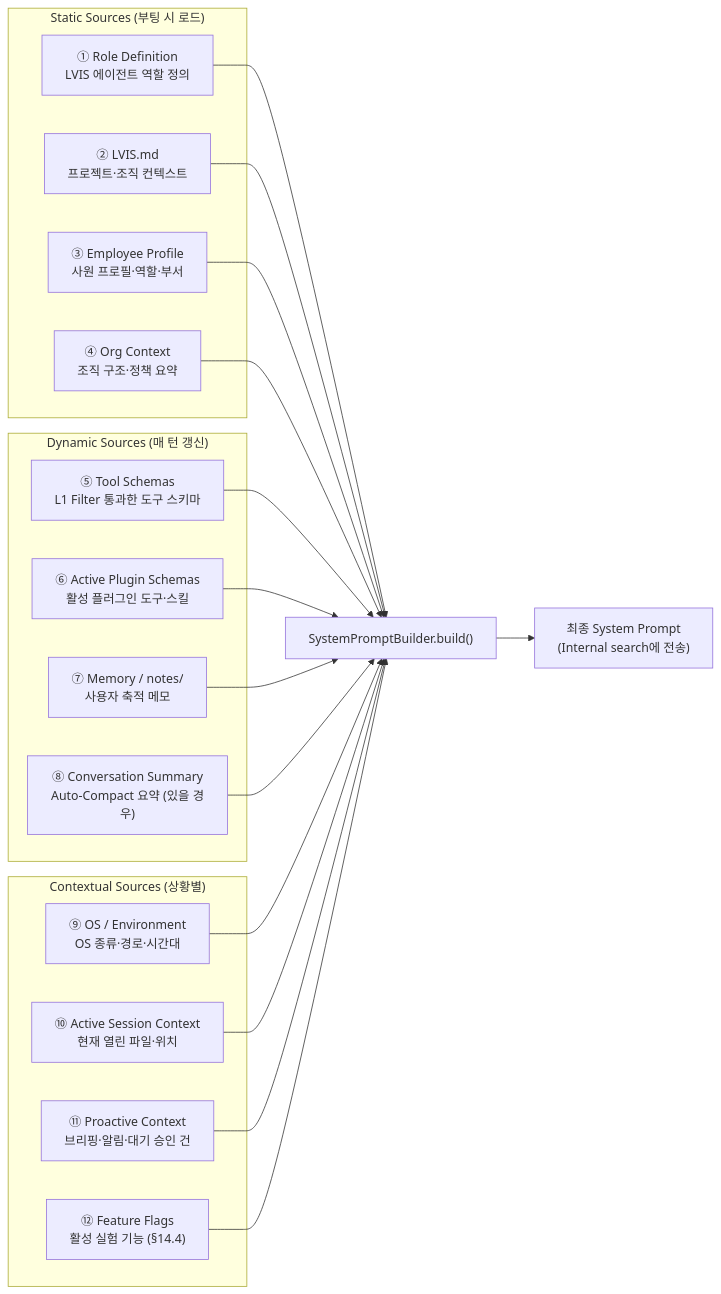
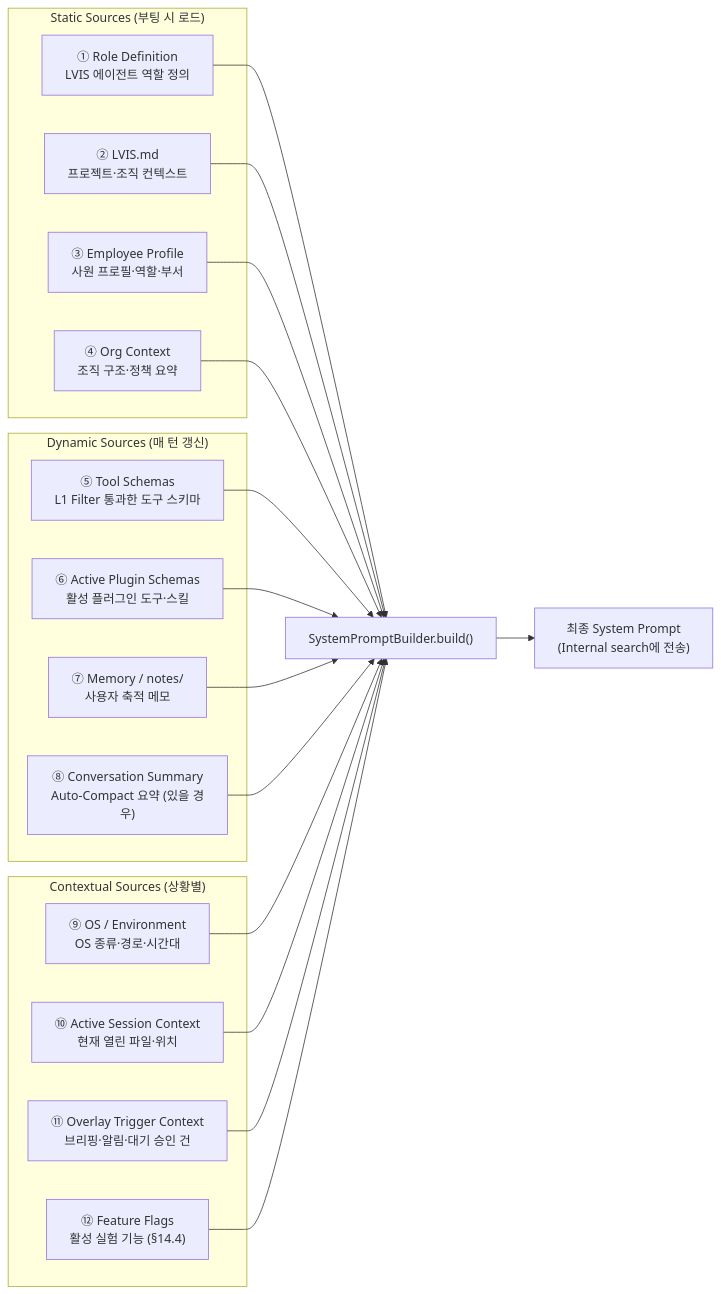
Before and after one commit to lvis-project/lvis-app: diagram 14 of 44 in docs/architecture/architecture.md, drawn with Mermaid. The commit also changed other lines of this file and 49 other files, not shown here.

First line of the commit message:
Overlay trigger 권한 경계와 용어를 정렬 (#645)

````diff
--- a/docs/architecture/architecture.md
+++ b/docs/architecture/architecture.md
@@ -972,38 +965,38 @@
 ```mermaid
 flowchart LR
     subgraph "Static Sources (부팅 시 로드)"
         S1["① Role Definition<br/>LVIS 에이전트 역할 정의"]
         S2["② LVIS.md<br/>프로젝트·조직 컨텍스트"]
         S3["③ Employee Profile<br/>사원 프로필·역할·부서"]
         S4["④ Org Context<br/>조직 구조·정책 요약"]
     end
 
     subgraph "Dynamic Sources (매 턴 갱신)"
         S5["⑤ Tool Schemas<br/>L1 Filter 통과한 도구 스키마"]
         S6["⑥ Active Plugin Schemas<br/>활성 플러그인 도구·스킬"]
         S7["⑦ Memory / notes/<br/>사용자 축적 메모"]
         S8["⑧ Conversation Summary<br/>Auto-Compact 요약 (있을 경우)"]
     end
 
     subgraph "Contextual Sources (상황별)"
         S9["⑨ OS / Environment<br/>OS 종류·경로·시간대"]
         S10["⑩ Active Session Context<br/>현재 열린 파일·위치"]
-        S11["⑪ Proactive Context<br/>브리핑·알림·대기 승인 건"]
+        S11["⑪ Overlay Trigger Context<br/>브리핑·알림·대기 승인 건"]
         S12["⑫ Feature Flags<br/>활성 실험 기능 (§14.4)"]
     end
 
     S1 --> BUILD["SystemPromptBuilder.build()"]
     S2 --> BUILD
     S3 --> BUILD
     S4 --> BUILD
     S5 --> BUILD
     S6 --> BUILD
     S7 --> BUILD
     S8 --> BUILD
     S9 --> BUILD
     S10 --> BUILD
     S11 --> BUILD
     S12 --> BUILD
 
     BUILD --> PROMPT["최종 System Prompt<br/>(Internal search에 전송)"]
 ```
````
